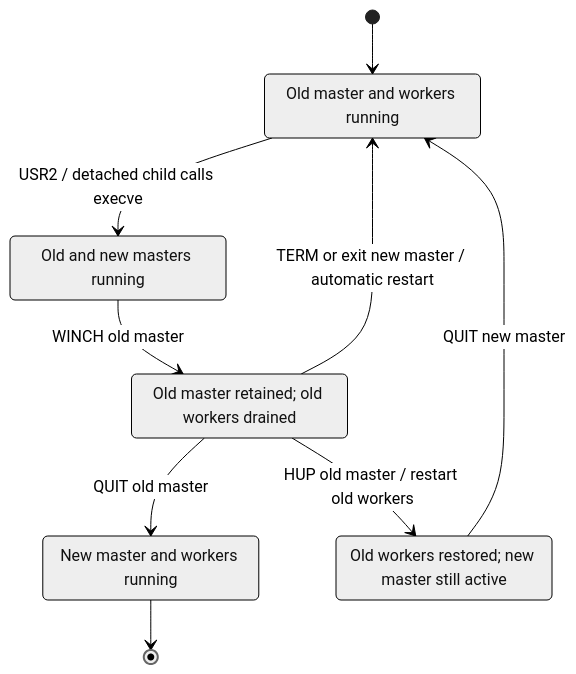
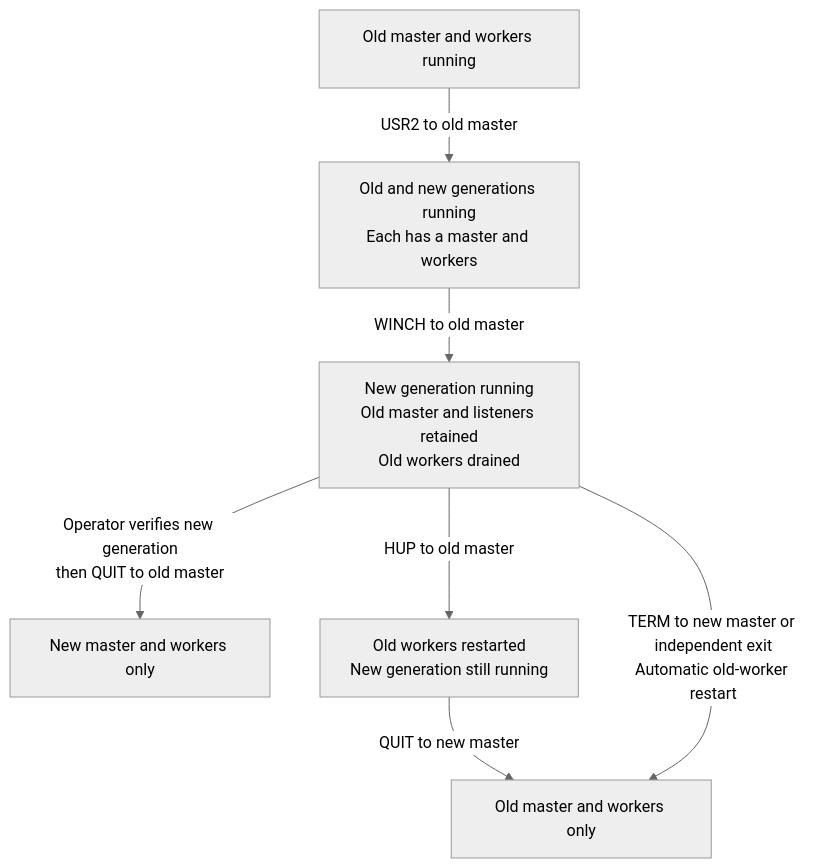
The second of 2 diagrams in Technologies/NGINX/02 NGINX Internals.md (Matheus-de-Mello-Vieira/backend-knowledge), drawn with Mermaid (neutral theme) before and after one commit. The commit also changed other lines of this file, not shown here.

Commit message:
vault backup: 2026-09-17 16:16:13

````diff
--- a/Technologies/NGINX/02 NGINX Internals.md
+++ b/Technologies/NGINX/02 NGINX Internals.md
@@ -165,17 +182,16 @@
 ```mermaid
-stateDiagram-v2
-    state "Old master and workers running" as OldRunning
-    state "Old and new masters running" as DualRunning
-    state "Old master retained; old workers drained" as OldStandby
-    state "New master and workers running" as NewRunning
-    state "Old workers restored; new master still active" as RestoredOld
+flowchart TD
+    Old["Old master and workers running"]
+    Both["Old and new generations running<br/>Each has a master and workers"]
+    Standby["New generation running<br/>Old master and listeners retained<br/>Old workers drained"]
+    NewOnly["New master and workers only"]
+    Restored["Old workers restarted<br/>New generation still running"]
+    OldOnly["Old master and workers only"]
 
-    [*] --> OldRunning
-    OldRunning --> DualRunning: USR2 / detached child calls execve
-    DualRunning --> OldStandby: WINCH old master
-    OldStandby --> NewRunning: QUIT old master
-    NewRunning --> [*]
-    OldStandby --> RestoredOld: HUP old master / restart old workers
-    RestoredOld --> OldRunning: QUIT new master
-    OldStandby --> OldRunning: TERM or exit new master / automatic restart
+    Old -->|"USR2 to old master"| Both
+    Both -->|"WINCH to old master"| Standby
+    Standby -->|"Operator verifies new generation<br/>then QUIT to old master"| NewOnly
+    Standby -->|"HUP to old master"| Restored
+    Restored -->|"QUIT to new master"| OldOnly
+    Standby -->|"TERM to new master or independent exit<br/>Automatic old-worker restart"| OldOnly
 ```
````
